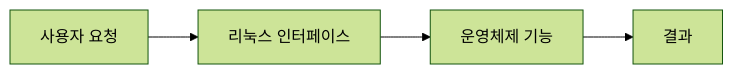
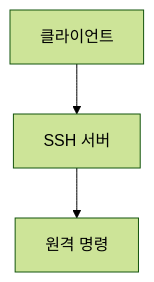
One commit to umyunsang/edu changed the diagram in ComputerScience/04_systems-infrastructure/linux/notes/05. SSH와 리눅스 네트워킹.md. Above: the diagram before and after it, drawn with Mermaid (forest theme). The commit also changed other lines of this file and 7 other files, not shown here.

````diff
--- a/ComputerScience/04_systems-infrastructure/linux/notes/05. SSH와 리눅스 네트워킹.md
+++ b/ComputerScience/04_systems-infrastructure/linux/notes/05. SSH와 리눅스 네트워킹.md
@@ -25,6 +19,5 @@
 ```mermaid
-flowchart LR
- A[사용자 요청] --> B[리눅스 인터페이스]
- B --> C[운영체제 기능]
- C --> D[결과]
+flowchart TB
+    A[클라이언트] --> B[SSH 서버]
+    B --> C[원격 명령]
 ```
````
